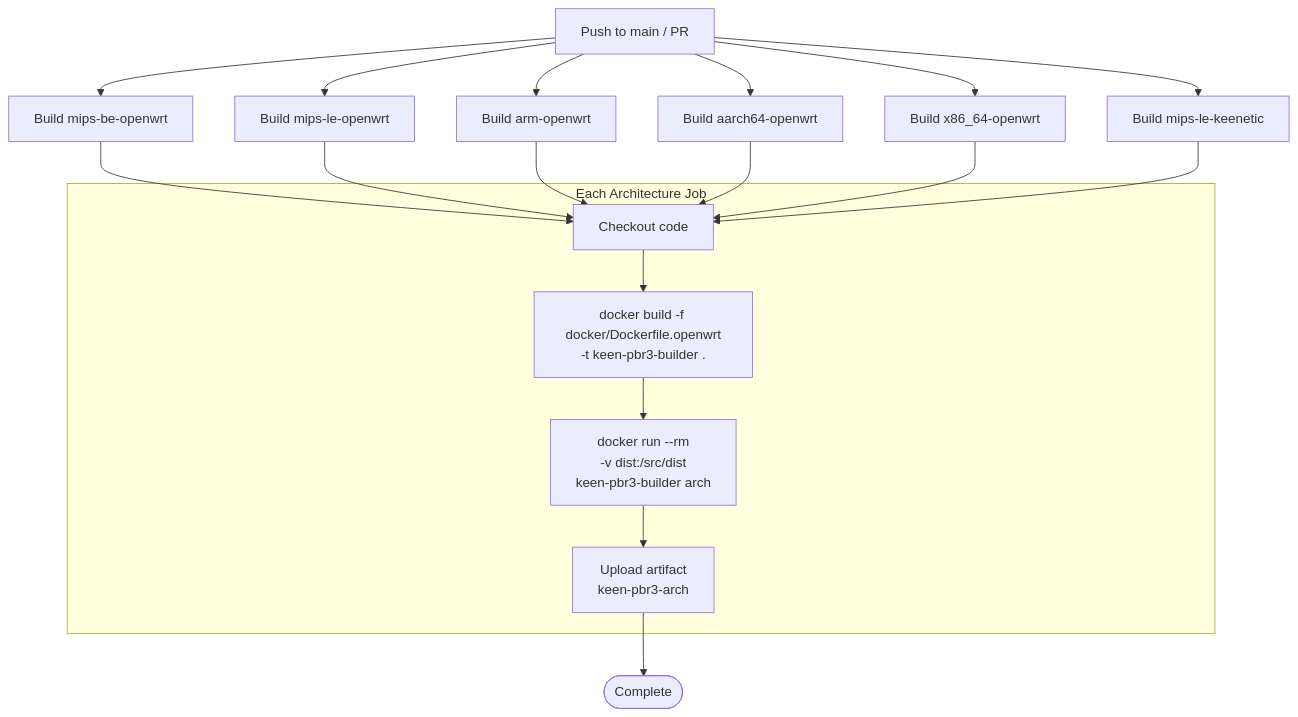
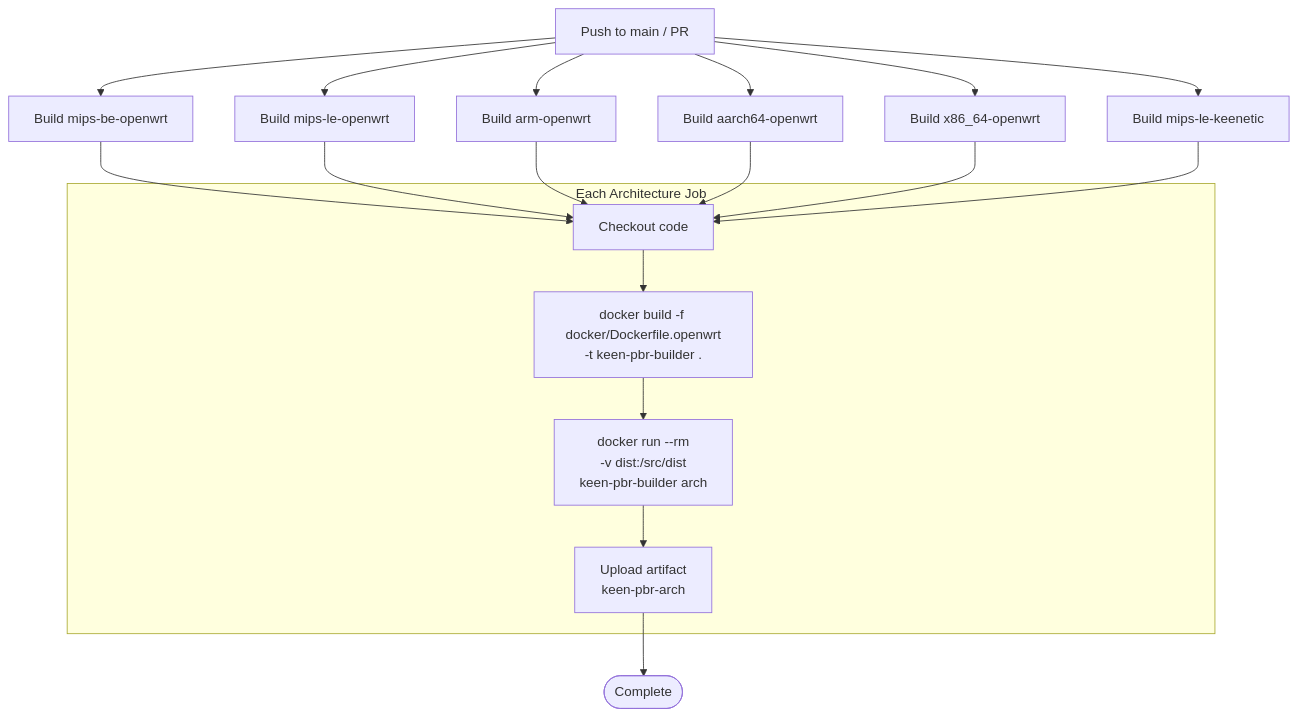
Diagram 14 of 16 in STATE.md (maksimkurb/keen-pbr), drawn with Mermaid before and after one commit. The commit also changed other lines of this file and 102 other files, not shown here.

Commit message:
Rename keen-pbr3 references to keen-pbr

````diff
--- a/STATE.md
+++ b/STATE.md
@@ -1488,39 +1488,39 @@
 ```mermaid
 flowchart TD
     Trigger["Push to main / PR"]
 
     Build1["Build mips-be-openwrt"]
     Build2["Build mips-le-openwrt"]
     Build3["Build arm-openwrt"]
     Build4["Build aarch64-openwrt"]
     Build5["Build x86_64-openwrt"]
     Build6["Build mips-le-keenetic"]
 
     subgraph Jobs["Each Architecture Job"]
         Checkout["Checkout code"]
-        Docker1["docker build -f docker/Dockerfile.openwrt<br/>-t keen-pbr3-builder ."]
-        Docker2["docker run --rm<br/>-v dist:/src/dist<br/>keen-pbr3-builder arch"]
-        Upload["Upload artifact<br/>keen-pbr3-arch"]
+        Docker1["docker build -f docker/Dockerfile.openwrt<br/>-t keen-pbr-builder ."]
+        Docker2["docker run --rm<br/>-v dist:/src/dist<br/>keen-pbr-builder arch"]
+        Upload["Upload artifact<br/>keen-pbr-arch"]
     end
 
     Complete(["Complete"])
 
     Trigger --> Build1
     Trigger --> Build2
     Trigger --> Build3
     Trigger --> Build4
     Trigger --> Build5
     Trigger --> Build6
 
     Build1 --> Checkout
     Build2 --> Checkout
     Build3 --> Checkout
     Build4 --> Checkout
     Build5 --> Checkout
     Build6 --> Checkout
 
     Checkout --> Docker1
     Docker1 --> Docker2
     Docker2 --> Upload
     Upload --> Complete
 ```
````
